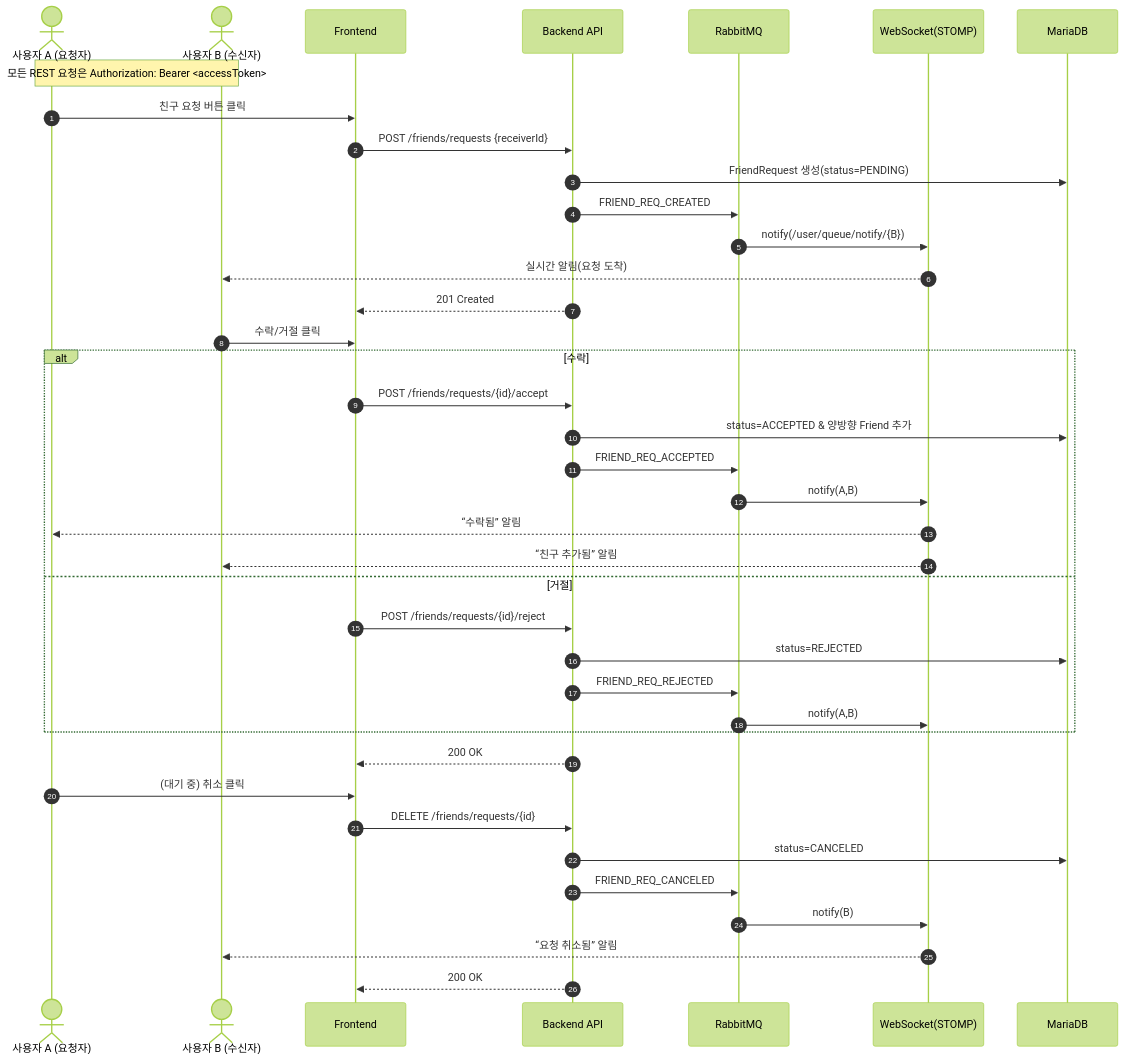
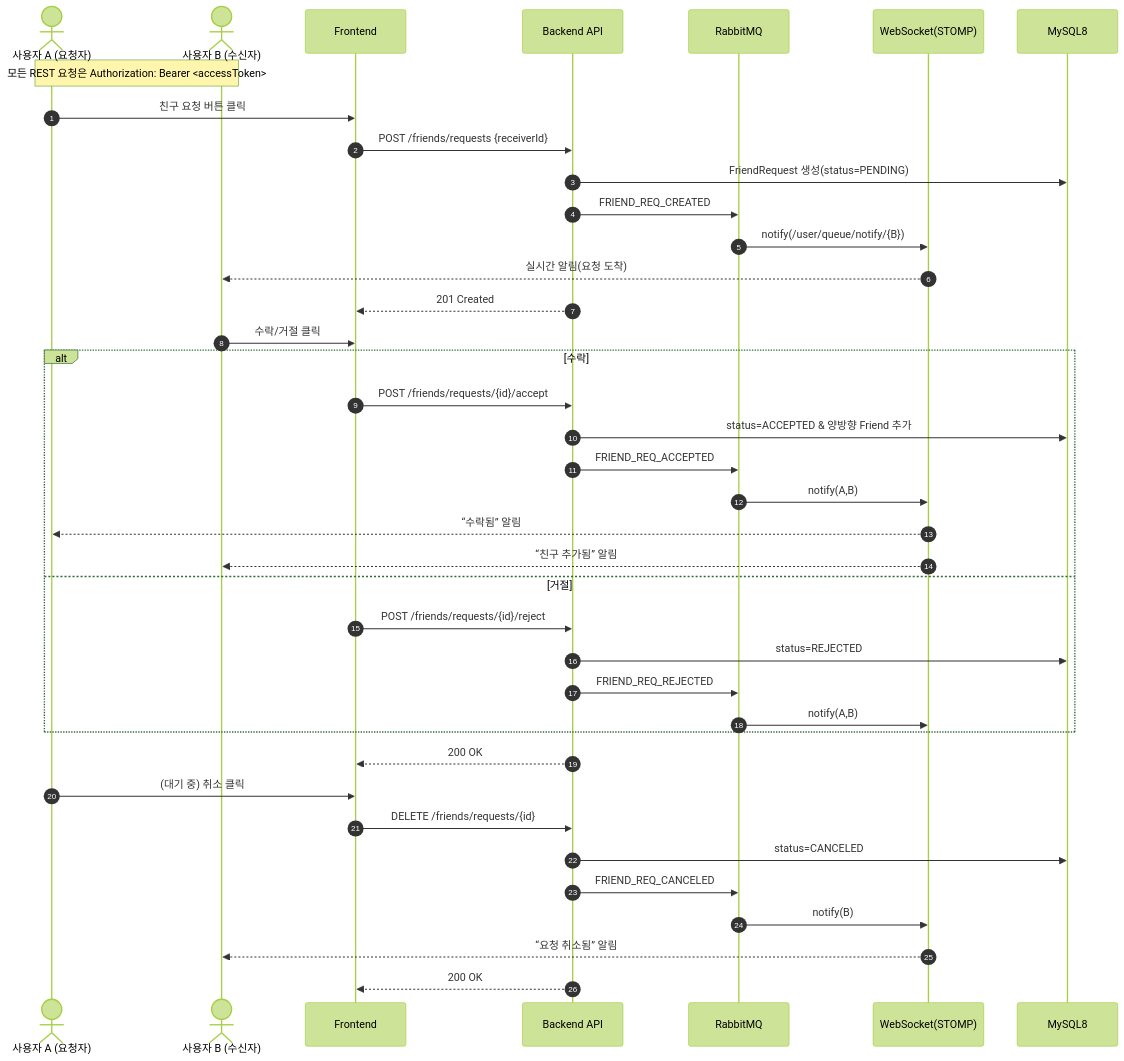
One commit to qjatn4793/chatting changed the fourth of 6 diagrams in README.md. Above: the diagram before and after it, drawn with Mermaid (forest theme). The commit also changed other lines of this file, not shown here.

First line of the commit message:
Replace MariaDB references with MySQL 8

````diff
--- a/README.md
+++ b/README.md
@@ -209,45 +209,45 @@
 ```mermaid
 sequenceDiagram
     autonumber
     actor A as 사용자 A (요청자)
     actor B as 사용자 B (수신자)
     participant FE as Frontend
     participant API as Backend API
     participant MQ as RabbitMQ
     participant WS as WebSocket(STOMP)
-    participant DB as MariaDB
+    participant DB as MySQL8
 
     Note over A,B: 모든 REST 요청은 Authorization: Bearer <accessToken>
 
     A->>FE: 친구 요청 버튼 클릭
     FE->>API: POST /friends/requests {receiverId}
     API->>DB: FriendRequest 생성(status=PENDING)
     API->>MQ: FRIEND_REQ_CREATED
     MQ->>WS: notify(/user/queue/notify/{B})
     WS-->>B: 실시간 알림(요청 도착)
     API-->>FE: 201 Created
 
     B->>FE: 수락/거절 클릭
     alt 수락
       FE->>API: POST /friends/requests/{id}/accept
       API->>DB: status=ACCEPTED & 양방향 Friend 추가
       API->>MQ: FRIEND_REQ_ACCEPTED
       MQ->>WS: notify(A,B)
       WS-->>A: “수락됨” 알림
       WS-->>B: “친구 추가됨” 알림
     else 거절
       FE->>API: POST /friends/requests/{id}/reject
       API->>DB: status=REJECTED
       API->>MQ: FRIEND_REQ_REJECTED
       MQ->>WS: notify(A,B)
     end
     API-->>FE: 200 OK
 
     A->>FE: (대기 중) 취소 클릭
     FE->>API: DELETE /friends/requests/{id}
     API->>DB: status=CANCELED
     API->>MQ: FRIEND_REQ_CANCELED
     MQ->>WS: notify(B)
     WS-->>B: “요청 취소됨” 알림
     API-->>FE: 200 OK
 ```
````
